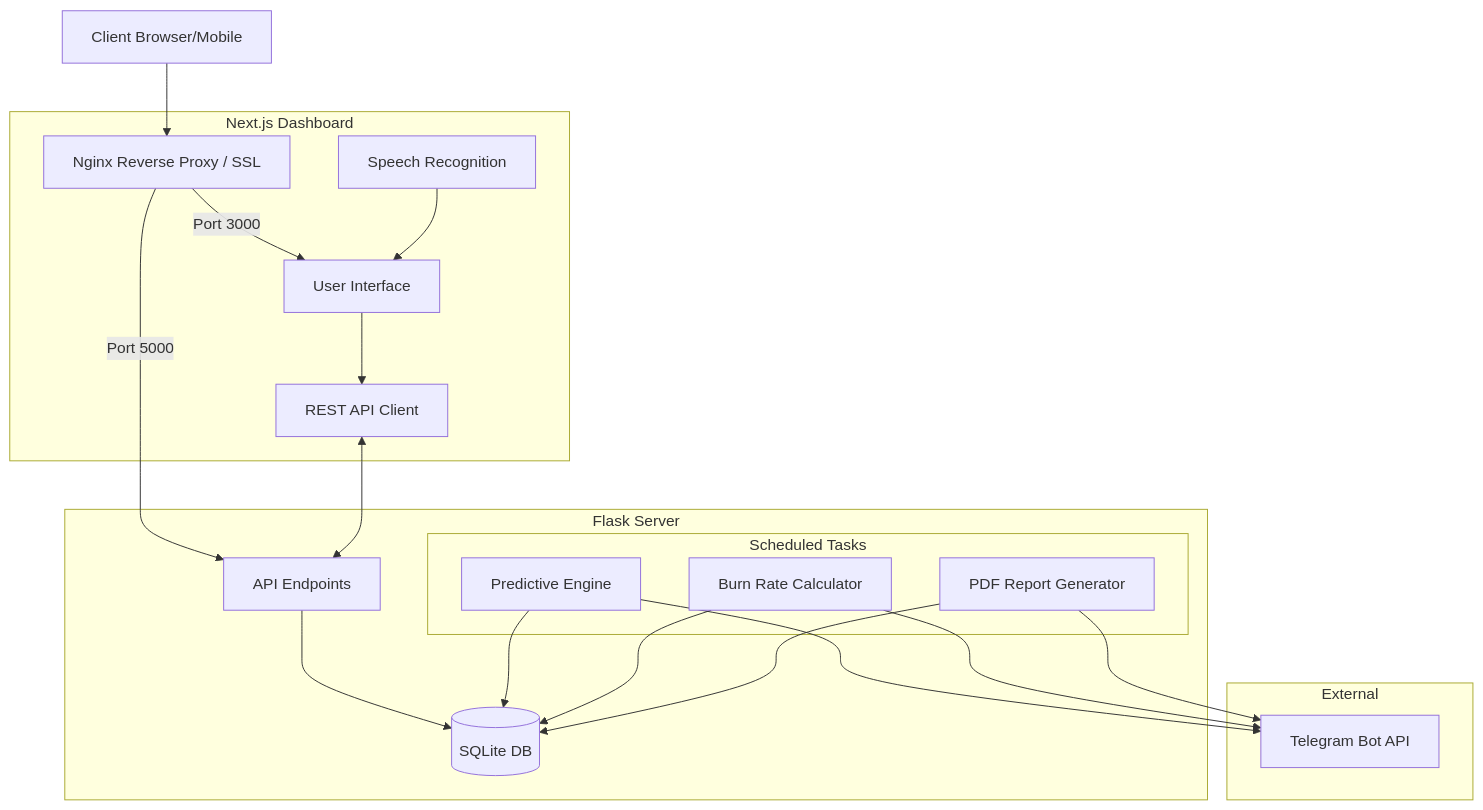
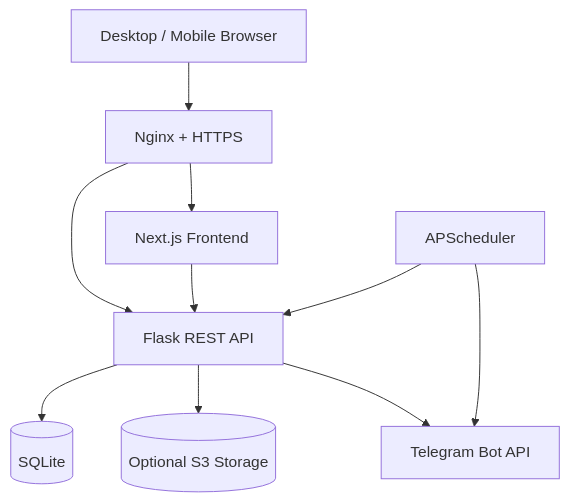
Before and after one commit to Thatweirdguy1/industrial-management-cmms: the diagram in README.md, drawn with Mermaid. The commit also changed other lines of this file, not shown here.

````diff
--- a/README.md
+++ b/README.md
@@ -31,34 +22,12 @@
 ```mermaid
 graph TD
-    Client[Client Browser/Mobile] --> Nginx[Nginx Reverse Proxy / SSL]
-    
-    subgraph Frontend [Next.js Dashboard]
-        Nginx -->|Port 3000| UI[User Interface]
-        UI --> API_Calls[REST API Client]
-        Voice[Speech Recognition] --> UI
-    end
-
-    subgraph Backend [Flask Server]
-        Nginx -->|Port 5000| API[API Endpoints]
-        API --> SQLite[(SQLite DB)]
-        
-        subgraph Scheduled Tasks
-            Predictive[Predictive Engine]
-            Inventory[Burn Rate Calculator]
-            PDF[PDF Report Generator]
-        end
-        
-        Predictive --> SQLite
-        Inventory --> SQLite
-        PDF --> SQLite
-    end
-
-    subgraph External
-        Telegram[Telegram Bot API]
-    end
-
-    API_Calls <--> API
-    Predictive --> Telegram
-    Inventory --> Telegram
-    PDF --> Telegram
+    Browser[Desktop / Mobile Browser] --> Nginx[Nginx + HTTPS]
+    Nginx --> Next[Next.js Frontend]
+    Nginx --> Flask[Flask REST API]
+    Next --> Flask
+    Flask --> SQLite[(SQLite)]
+    Flask --> S3[(Optional S3 Storage)]
+    Flask --> Telegram[Telegram Bot API]
+    Scheduler[APScheduler] --> Flask
+    Scheduler --> Telegram
 ```
````
